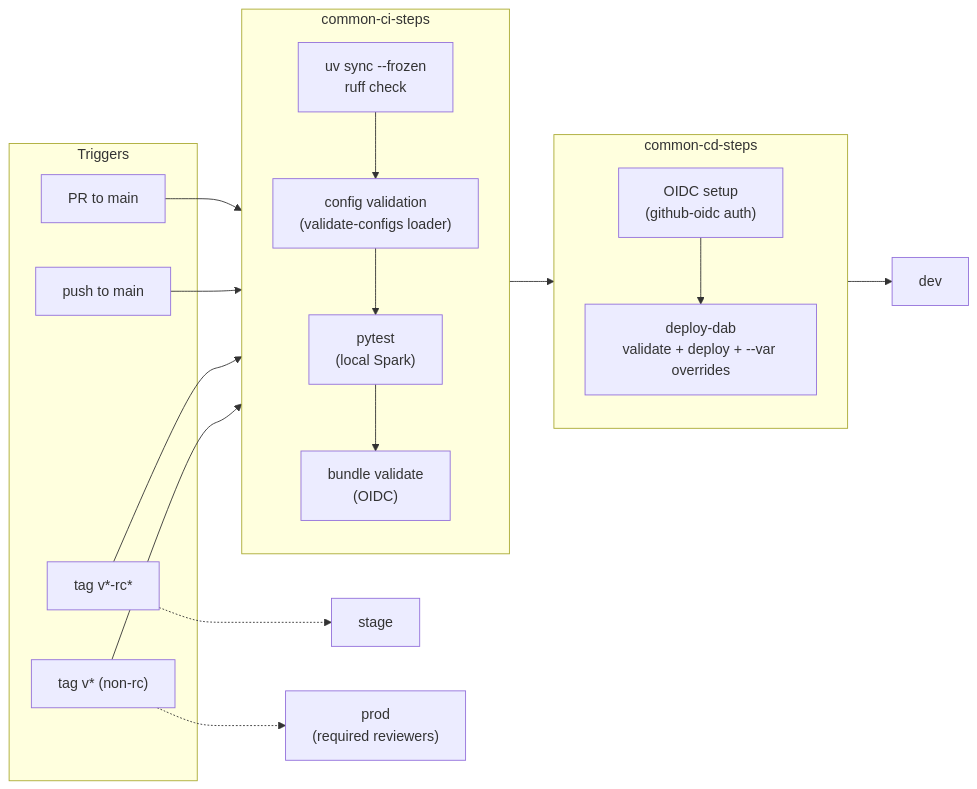
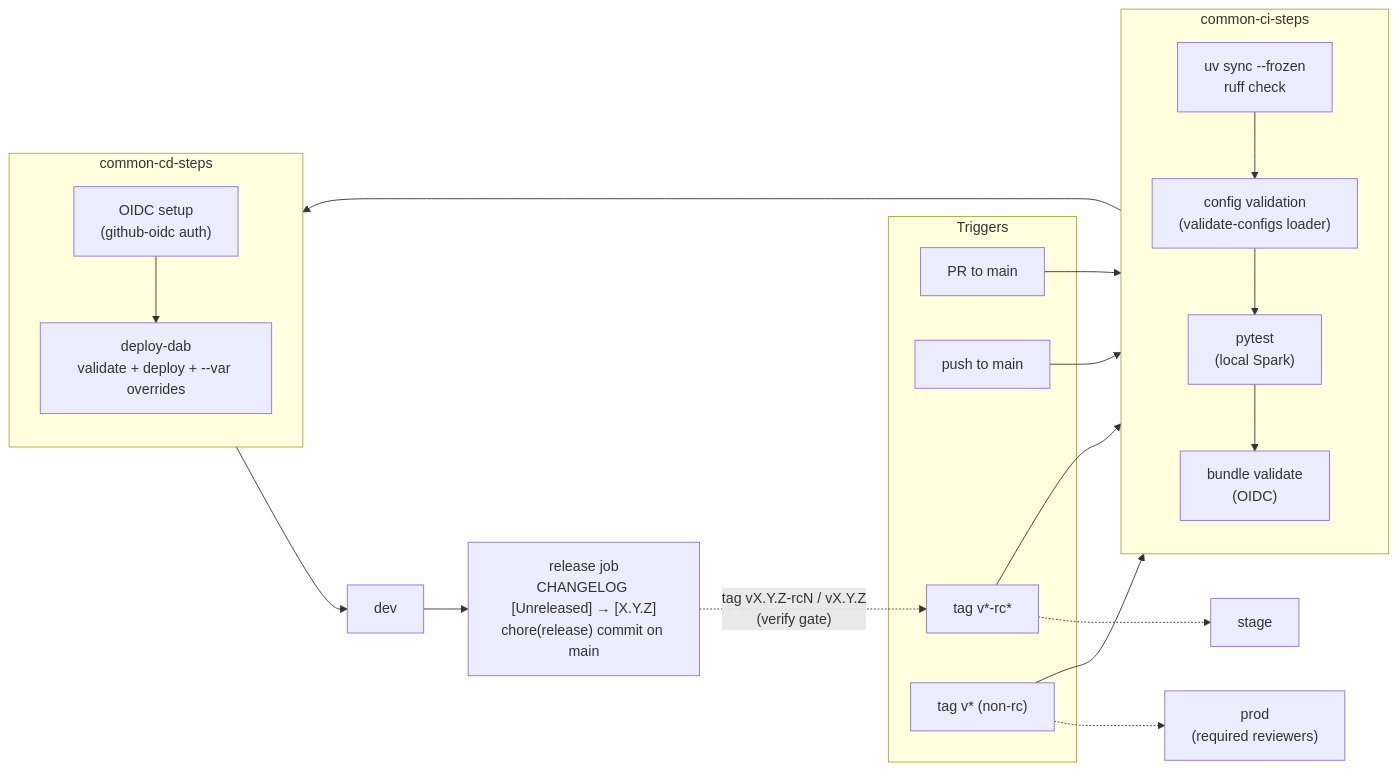
Before and after one commit to Vegash09/Demo_Lab: the first of 3 diagrams in docs/CICD.md, drawn with Mermaid. The commit also changed other lines of this file and 18 other files, not shown here.

First line of the commit message:
fix: the deploy cuts the changelog release (#87)

````diff
--- a/docs/CICD.md
+++ b/docs/CICD.md
@@ -10,25 +10,27 @@
 ```mermaid
 flowchart LR
     subgraph TRIGGERS["Triggers"]
         PR["PR to main"]
         PUSH["push to main"]
         RC["tag v*-rc*"]
         REL["tag v* (non-rc)"]
     end
 
     subgraph CI["common-ci-steps"]
         LINT["uv sync --frozen<br/>ruff check"] --> VC["config validation<br/>(validate-configs loader)"] --> TEST["pytest<br/>(local Spark)"] --> BV["bundle validate<br/>(OIDC)"]
     end
 
     subgraph CD["common-cd-steps"]
         OIDC["OIDC setup<br/>(github-oidc auth)"] --> DEPLOY["deploy-dab<br/>validate + deploy + --var overrides"]
     end
 
     PR --> CI
     PUSH --> CI --> CD
     RC --> CI
     REL --> CI
     CD --> DEV["dev"]
+    DEV --> CUT["release job<br/>CHANGELOG [Unreleased] → [X.Y.Z]<br/>chore(release) commit on main"]
+    CUT -.->|"tag vX.Y.Z-rcN / vX.Y.Z<br/>(verify gate)"| RC
     RC -.-> STAGE["stage"]
     REL -.-> PROD["prod<br/>(required reviewers)"]
 ```
````
